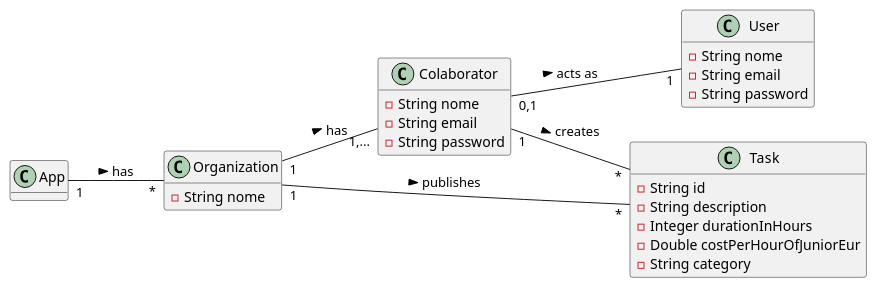
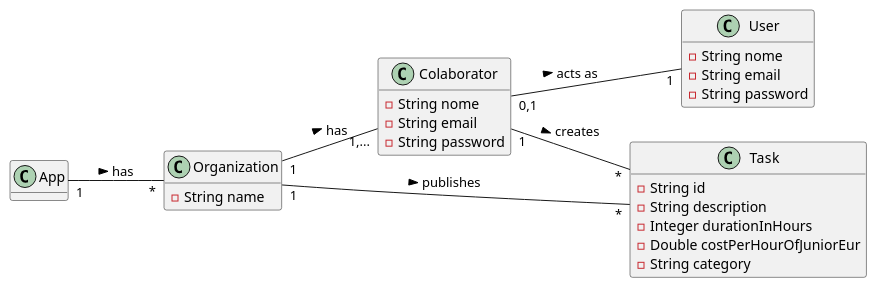
One commit to botelho-io/lapr2-2020-g029 changed the diagram in docs/UC_02/UC02_MD.puml. Above: the diagram before and after it, drawn with PlantUML. The commit also changed 6 other files, not shown here.

```diff
--- a/docs/UC_02/UC02_MD.puml
+++ b/docs/UC_02/UC02_MD.puml
@@ -1,42 +1,42 @@
 @startuml
 
 hide methods
 left to right direction
 
 class App {
 
 }
 
 class Organization {
-        - String nome
+        - String name
 }
 
 
 class Colaborator {
         - String nome
         - String email
         - String password
 }
 
 class Task {
         - String id
         - String description
         - Integer durationInHours
         - Double costPerHourOfJuniorEur
         - String category
 }
 
 class User {
         - String nome
         - String email
         - String password
 }
 
 Colaborator                "0,1" -- "1"      User                      : acts as >
 Colaborator                  "1" -- "*"      Task                      : creates >
 Organization                 "1" -- "1,..."  Colaborator               : has >
 Organization                 "1" -- "*"      Task                      : publishes >
 App                          "1" -- "*"      Organization              : has >
 
 
 @enduml
```
